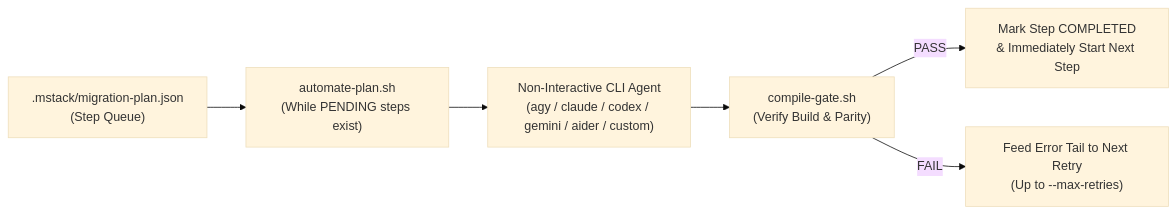
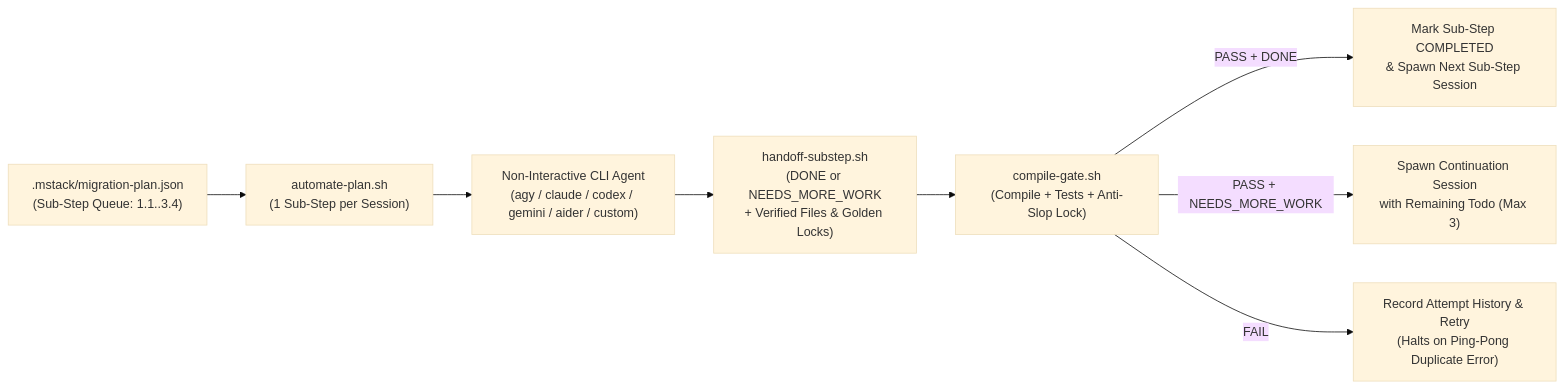
The second of 2 diagrams in README.md (estines/mobile-migration-tools), drawn with Mermaid (base theme) before and after one commit. The commit also changed other lines of this file and 6 other files, not shown here.

Commit message:
feat: add handoff-substep.sh and upgrade automation to sequential 1-sub-step-per-session execution with anti-slop checks

````diff
--- a/README.md
+++ b/README.md
@@ -219,8 +229,10 @@
 ```mermaid
 flowchart LR
-    Queue[".mstack/migration-plan.json\n(Step Queue)"] --> Runner["automate-plan.sh\n(While PENDING steps exist)"]
+    Queue[".mstack/migration-plan.json\n(Sub-Step Queue: 1.1..3.4)"] --> Runner["automate-plan.sh\n(1 Sub-Step per Session)"]
     Runner --> CLI["Non-Interactive CLI Agent\n(agy / claude / codex / gemini / aider / custom)"]
-    CLI --> Gate["compile-gate.sh\n(Verify Build & Parity)"]
-    Gate -- "PASS" --> Mark["Mark Step COMPLETED\n& Immediately Start Next Step"]
-    Gate -- "FAIL" --> Retry["Feed Error Tail to Next Retry\n(Up to --max-retries)"]
+    CLI --> Handoff["handoff-substep.sh\n(DONE or NEEDS_MORE_WORK\n+ Verified Files & Golden Locks)"]
+    Handoff --> Gate["compile-gate.sh\n(Compile + Tests + Anti-Slop Lock)"]
+    Gate -- "PASS + DONE" --> Mark["Mark Sub-Step COMPLETED\n& Spawn Next Sub-Step Session"]
+    Gate -- "PASS + NEEDS_MORE_WORK" --> Cont["Spawn Continuation Session\nwith Remaining Todo (Max 3)"]
+    Gate -- "FAIL" --> Retry["Record Attempt History & Retry\n(Halts on Ping-Pong Duplicate Error)"]
 ```
````
